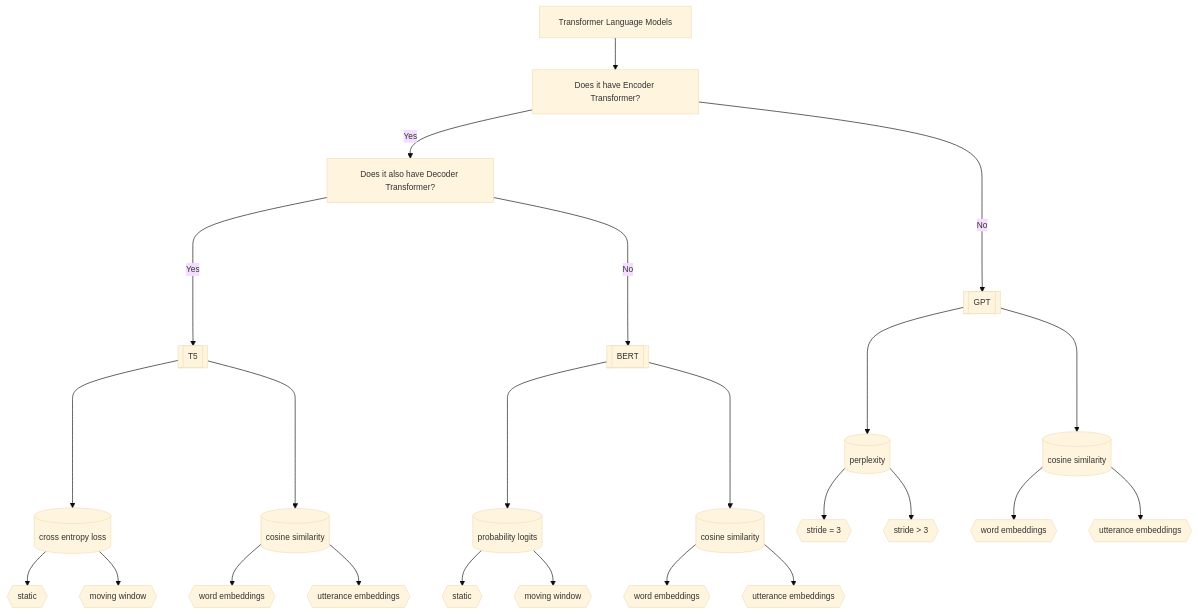
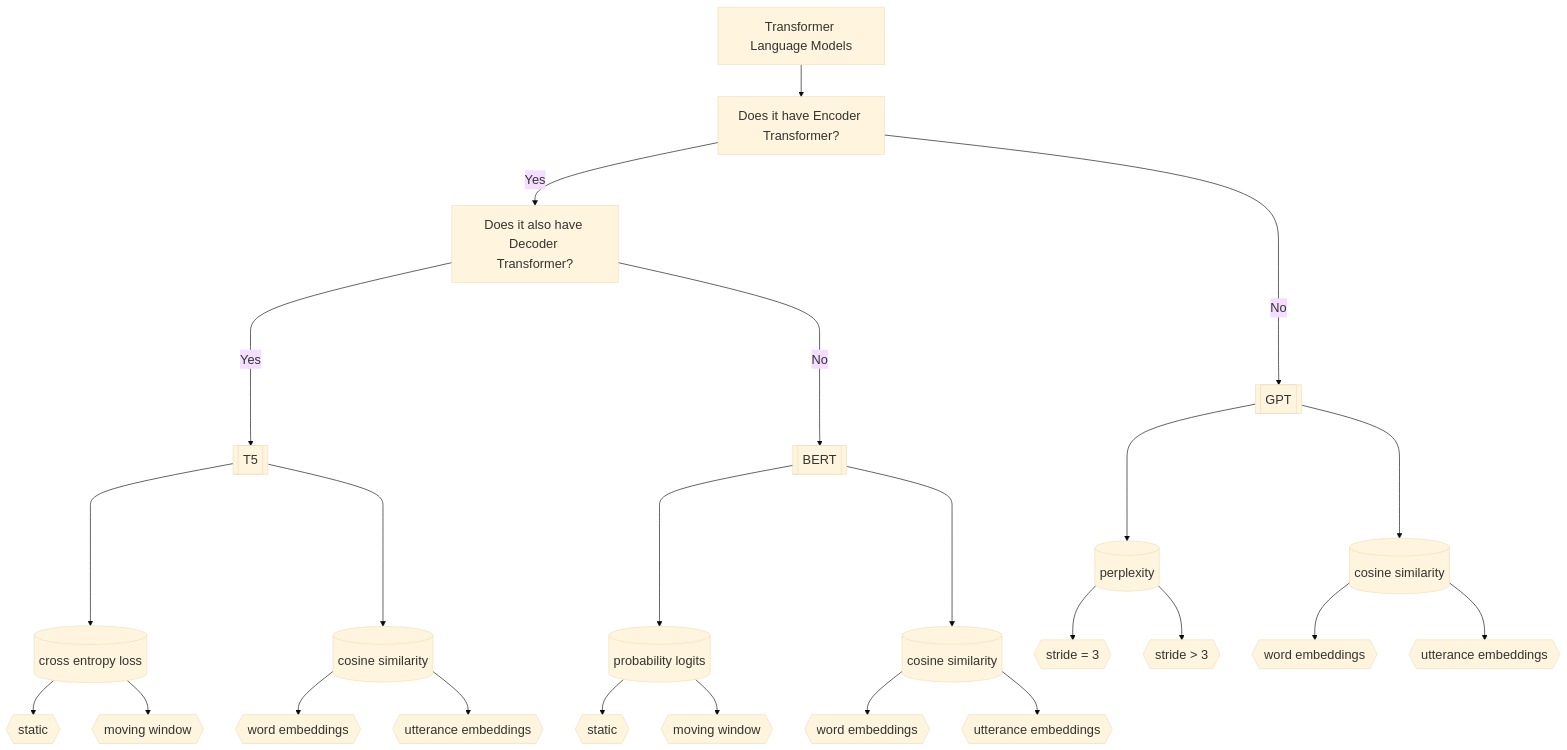
Before and after one commit to yancong222/SSD-LM-STanglab: the diagram in README.md, drawn with Mermaid.

````diff
--- a/README.md
+++ b/README.md
@@ -4,30 +4,30 @@
 ```mermaid
-%%{init: {'theme': 'base', 'themeVariables': { 'fontSize': '13px'}}}%%
+%%{init: {'theme': 'base', 'themeVariables': { 'fontSize': '20px'}}}%%
 flowchart TD
     A[Transformer Language Models] --> B[Does it have Encoder Transformer?]
     B -- Yes --> C[Does it also have Decoder Transformer?]
     C -- Yes ----> D[[T5]] ----> G[(cross entropy loss)]
     G --> J{{static}}
     G --> K{{moving window}}
     D ----> P[(cosine similarity)]
     P --> Q{{word embeddings}}
     P --> R{{utterance embeddings}}
     C -- No ----> E[[BERT]] ----> H[(probability logits)]
     H --> L{{static}}
     H --> M{{moving window}}
     E ----> S[(cosine similarity)]
     S --> T{{word embeddings}}
     S --> U{{utterance embeddings}}
     B -- No ----> F[[GPT]] ----> I[(perplexity)]
     I --> N{{stride = 3}}
     I --> O{{stride > 3}}
     F ----> V[(cosine similarity)]
     V --> W{{word embeddings}}
     V --> X{{utterance embeddings}}
     click A "https://github.com/yancong222/scriptscz/blob/main/perplexity/ed_perplexity.py" _blank
     click B "http://www.github.com" "Open this in a new tab" _blank
     click C href "http://www.github.com" _blank
     click D href "http://www.github.com" "Open this in a new tab" _blank
     
 classDef className fill:#f9f,stroke:#333,stroke-width:4px
 ```
````
